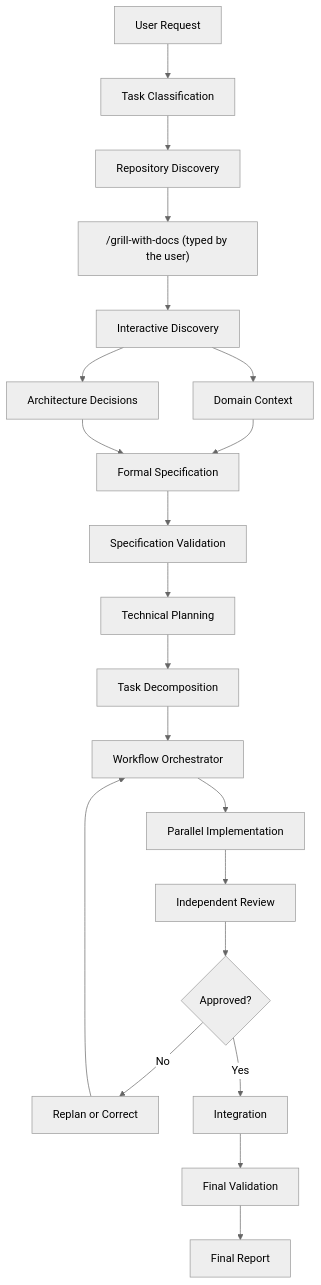
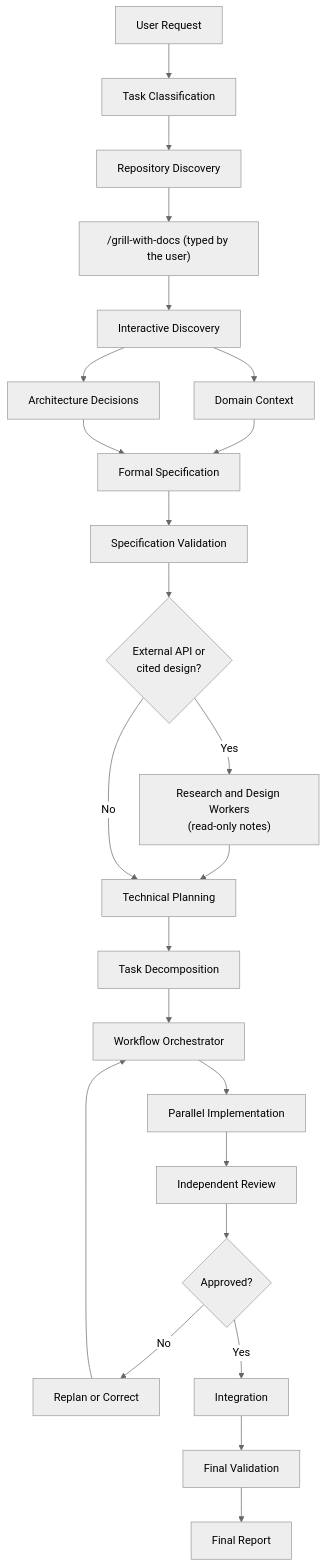
One commit to leoarkiteto/ai-software-factory-kit changed the fourth of 9 diagrams in docs/architecture.md. Above: the diagram before and after it, drawn with Mermaid (neutral theme). The commit also changed other lines of this file and 17 other files, not shown here.

First line of the commit message:
Show the research and design workers in the diagrams

````diff
--- a/docs/architecture.md
+++ b/docs/architecture.md
@@ -311,32 +327,35 @@
 ```mermaid
 flowchart TD
     A[User Request] --> B[Task Classification]
     B --> C[Repository Discovery]
 
     C --> D["/grill-with-docs (typed by the user)"]
     D --> E[Interactive Discovery]
 
     E --> F[Domain Context]
     E --> G[Architecture Decisions]
 
     F --> H[Formal Specification]
     G --> H
 
     H --> I[Specification Validation]
-    I --> J[Technical Planning]
+    I --> X{"External API or<br/>cited design?"}
+    X -->|Yes| RD["Research and Design Workers<br/>(read-only notes)"]
+    RD --> J
+    X -->|No| J[Technical Planning]
     J --> K[Task Decomposition]
 
     K --> L[Workflow Orchestrator]
 
     L --> M[Parallel Implementation]
     M --> N[Independent Review]
 
     N --> O{Approved?}
 
     O -->|No| P[Replan or Correct]
     P --> L
 
     O -->|Yes| Q[Integration]
     Q --> R[Final Validation]
     R --> S[Final Report]
 ```
````
